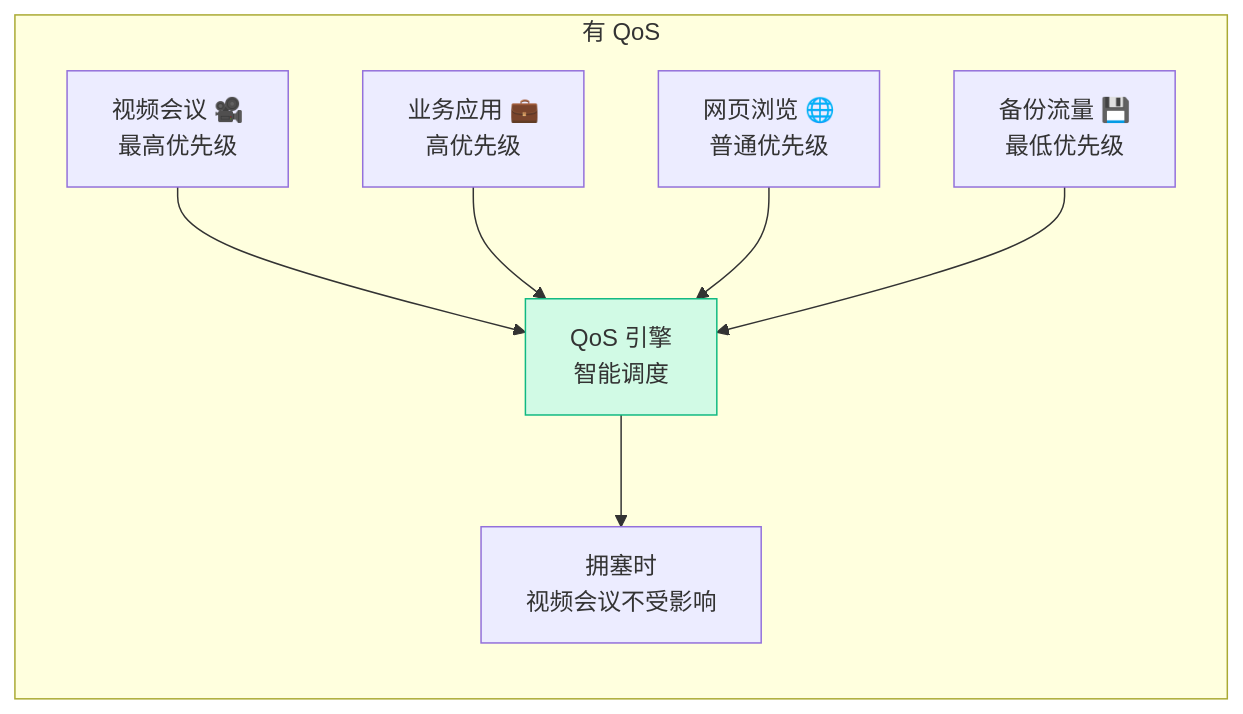
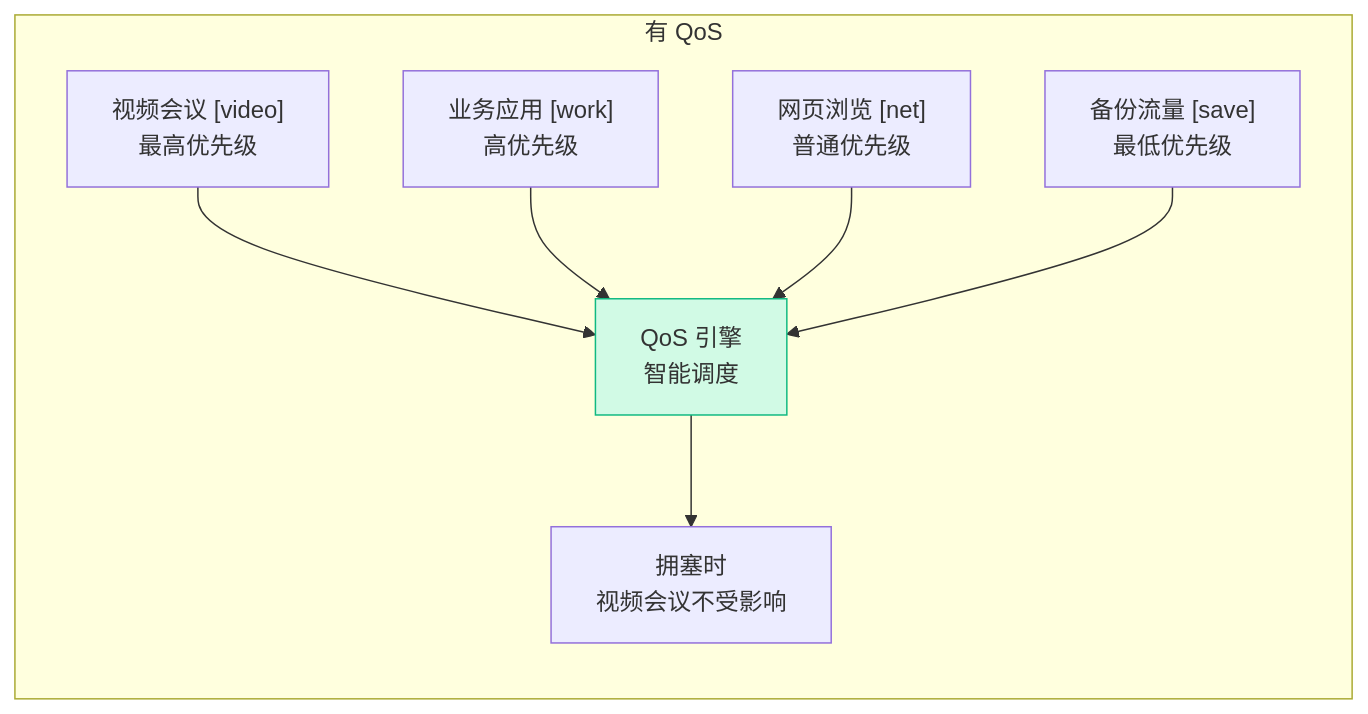
The second of 4 diagrams in docs/guide/qos/qos.md (SKT-Shurima/NetworkMastery), drawn with Mermaid before and after one commit. The commit also changed other lines of this file and 54 other files, not shown here.

````diff
--- a/docs/guide/qos/qos.md
+++ b/docs/guide/qos/qos.md
@@ -25,12 +25,12 @@
 ```mermaid
 graph LR
     subgraph "有 QoS"
-        A2["视频会议 🎥<br/>最高优先级"] --> Q["QoS 引擎<br/>智能调度"]
-        B2["业务应用 💼<br/>高优先级"] --> Q
-        C2["网页浏览 🌐<br/>普通优先级"] --> Q
-        D2["备份流量 💾<br/>最低优先级"] --> Q
+        A2["视频会议 [video]<br/>最高优先级"] --> Q["QoS 引擎<br/>智能调度"]
+        B2["业务应用 [work]<br/>高优先级"] --> Q
+        C2["网页浏览 [net]<br/>普通优先级"] --> Q
+        D2["备份流量 [save]<br/>最低优先级"] --> Q
         Q --> OUT2["拥塞时<br/>视频会议不受影响"]
     end
     
     style Q fill:#d1fae5,stroke:#10b981
 ```
````
